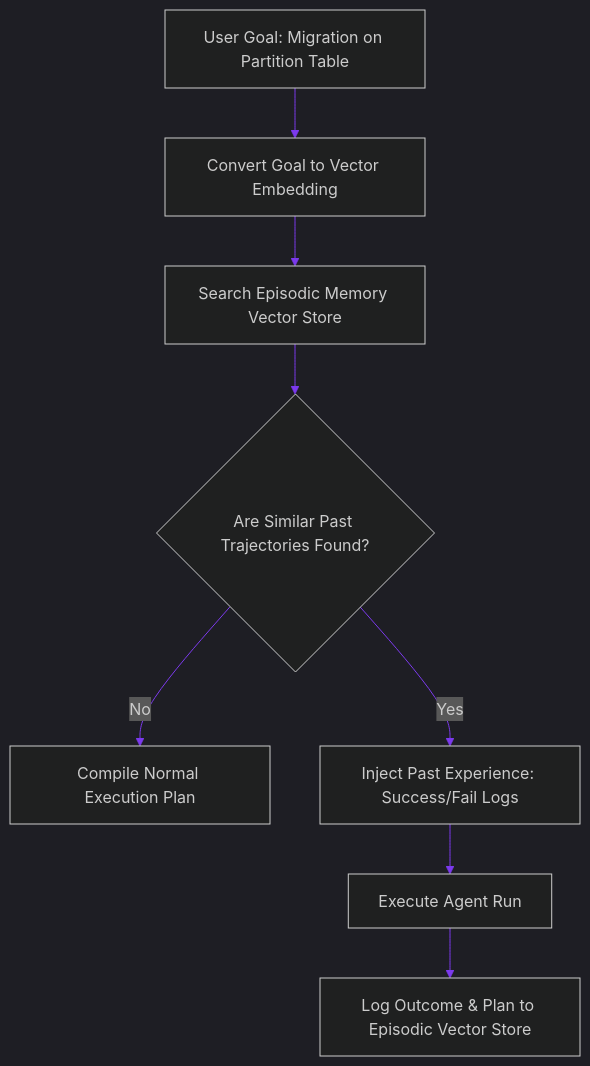
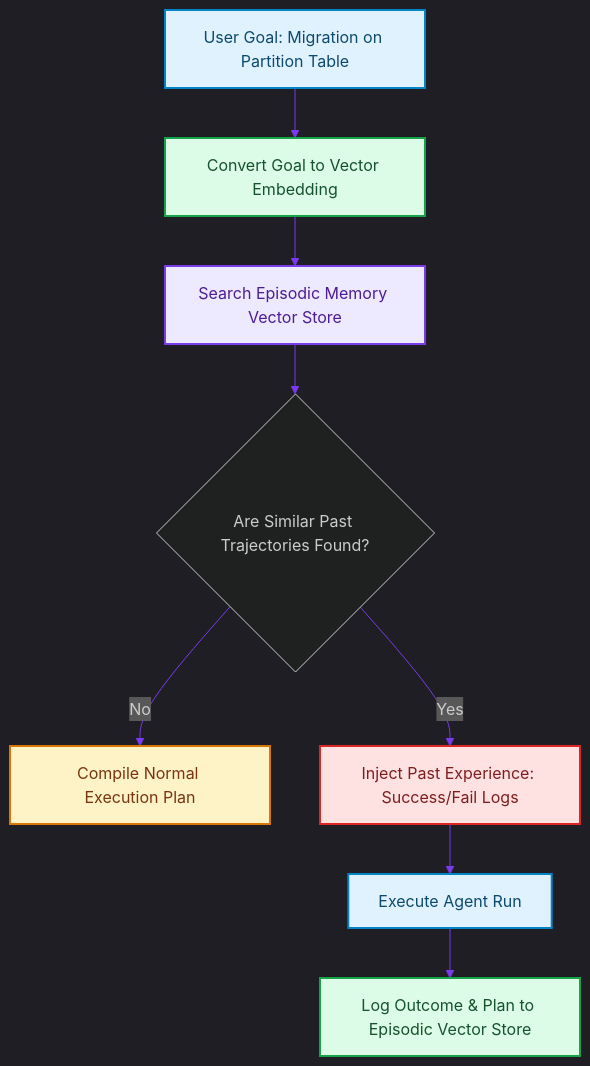
One commit to akmalkhaniub/akmalkhaniub.github.io changed the diagram in blog/posts/memory-episodic-vector-retrieval-trajectory-logs.md. Above: the diagram before and after it, drawn with Mermaid. The commit also changed other lines of this file and 1291 other files, not shown here.

First line of the commit message:
feat(catalog): unique covers, scholarly references, and diagram palettes

````diff
--- a/blog/posts/memory-episodic-vector-retrieval-trajectory-logs.md
+++ b/blog/posts/memory-episodic-vector-retrieval-trajectory-logs.md
@@ -16,13 +16,24 @@
 ```mermaid
 %%{init: {'theme': 'dark', 'themeVariables': { 'primaryColor': '#7c3aed', 'primaryTextColor': '#f3f4f6', 'primaryBorderColor': '#a78bfa', 'lineColor': '#7c3aed', 'secondaryColor': '#111827', 'tertiaryColor': '#0b0f19'}}}%%
 flowchart TD
-    UserGoal[User Goal: Migration on Partition Table] --> Embed[Convert Goal to Vector Embedding]
-    Embed --> QueryDB[Search Episodic Memory Vector Store]
+    UserGoal["User Goal: Migration on Partition Table"] --> Embed["Convert Goal to Vector Embedding"]
+    Embed --> QueryDB["Search Episodic Memory Vector Store"]
     
     QueryDB --> Match{Are Similar Past Trajectories Found?}
-    Match -->|No| NormalPlan[Compile Normal Execution Plan]
-    Match -->|Yes| Prepend[Inject Past Experience: Success/Fail Logs]
+    Match -->|No| NormalPlan["Compile Normal Execution Plan"]
+    Match -->|Yes| Prepend["Inject Past Experience: Success/Fail Logs"]
     
-    Prepend --> Exec[Execute Agent Run]
-    Exec --> LogRun[Log Outcome & Plan to Episodic Vector Store]
+    Prepend --> Exec["Execute Agent Run"]
+    Exec --> LogRun["Log Outcome & Plan to Episodic Vector Store"]
+
+classDef green fill:#dcfce7,stroke:#16a34a,stroke-width:2px,color:#14532d;
+classDef red fill:#fee2e2,stroke:#dc2626,stroke-width:2px,color:#7f1d1d;
+classDef blue fill:#e0f2fe,stroke:#0284c7,stroke-width:2px,color:#0c4a6e;
+classDef yellow fill:#fef3c7,stroke:#d97706,stroke-width:2px,color:#78350f;
+classDef purple fill:#ede9fe,stroke:#7c3aed,stroke-width:2px,color:#4c1d95;
+class UserGoal,Exec blue
+class Embed,LogRun green
+class QueryDB purple
+class NormalPlan yellow
+class Prepend red
 ```
````
